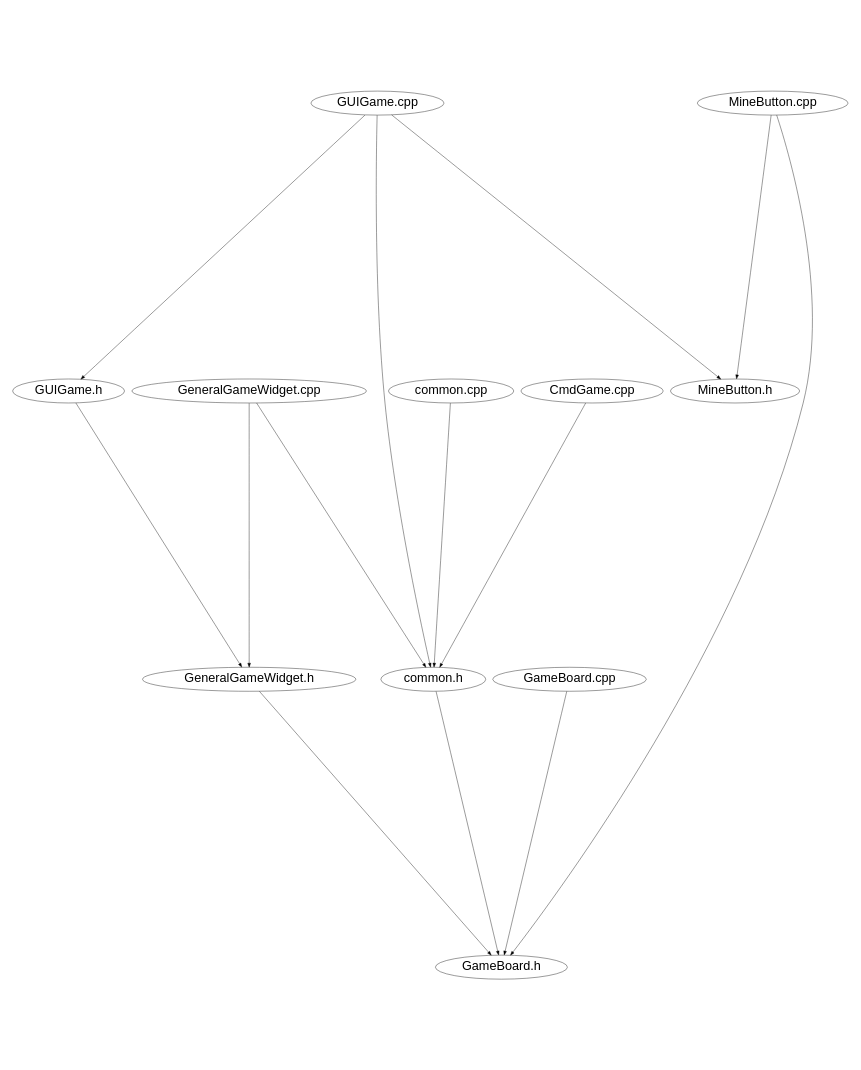
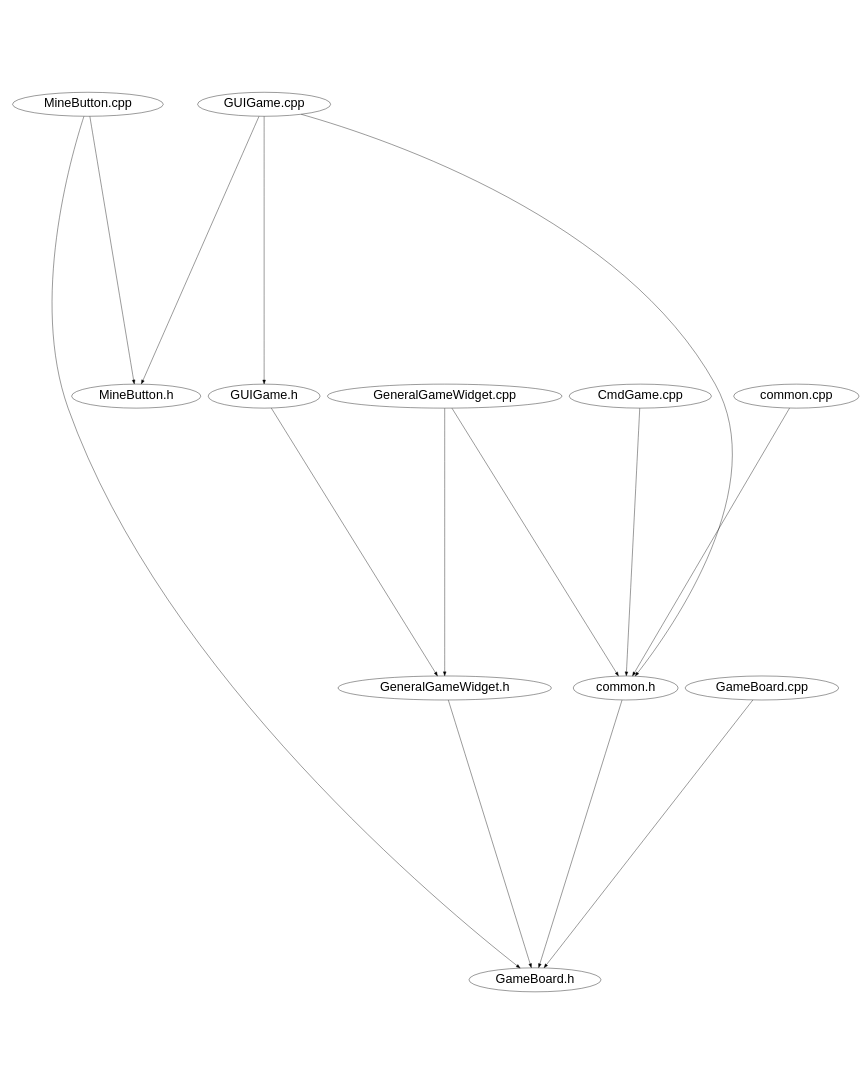
Before and after one commit to jeang-bo-yuan/oop-qt-project: the diagram in minesweeper/doc/Include_Path.dot, drawn with Graphviz. The commit also changed other lines of this file and 2 other files, not shown here.

```diff
--- a/minesweeper/doc/Include_Path.dot
+++ b/minesweeper/doc/Include_Path.dot
@@ -1,22 +1,22 @@
 digraph "source tree" {
     overlap=scale;
     size="8,10";
     ratio="fill";
     fontsize="32";
     fontname="Helvetica";
 	node [fontsize="32", fontname="Helvetica"]
 	clusterrank="local";
+	"MineButton.cpp" -> "GameBoard.h"
+	"GeneralGameWidget.cpp" -> "GeneralGameWidget.h"
+	"CmdGame.cpp" -> "common.h"
+	"MineButton.cpp" -> "MineButton.h"
+	"GUIGame.cpp" -> "MineButton.h"
+	"common.cpp" -> "common.h"
+	"GUIGame.cpp" -> "GUIGame.h"
+	"GeneralGameWidget.cpp" -> "common.h"
 	"GUIGame.cpp" -> "common.h"
-	"common.cpp" -> "common.h"
-	"GeneralGameWidget.cpp" -> "common.h"
 	"GameBoard.cpp" -> "GameBoard.h"
-	"GeneralGameWidget.cpp" -> "GeneralGameWidget.h"
-	"GUIGame.cpp" -> "MineButton.h"
-	"GUIGame.cpp" -> "GUIGame.h"
-	"MineButton.cpp" -> "MineButton.h"
 	"GUIGame.h" -> "GeneralGameWidget.h"
-	"MineButton.cpp" -> "GameBoard.h"
+	"GeneralGameWidget.h" -> "GameBoard.h"
 	"common.h" -> "GameBoard.h"
-	"CmdGame.cpp" -> "common.h"
-	"GeneralGameWidget.h" -> "GameBoard.h"
 }
```
